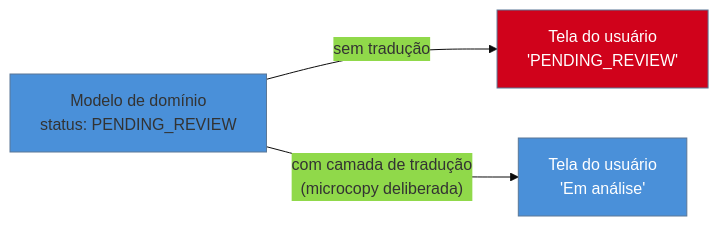
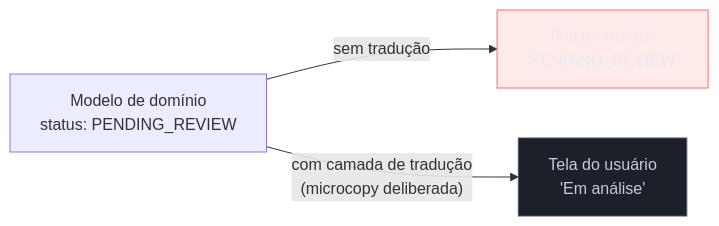
One commit to josenaldo/codex-technomanticus changed the diagram in 03-Dominios/Engenharia/UX/UX Writing e Content Design/34 - Microcopy, labels de ação e jargão interno.md. Above: the diagram before and after it, drawn with Mermaid. The commit also changed 1181 other files, not shown here.

First line of the commit message:
fix(diagramas): paleta do sistema no lugar de cor cravada no markdown

````diff
--- a/03-Dominios/Engenharia/UX/UX Writing e Content Design/34 - Microcopy, labels de ação e jargão interno.md
+++ b/03-Dominios/Engenharia/UX/UX Writing e Content Design/34 - Microcopy, labels de ação e jargão interno.md
@@ -52,8 +52,9 @@
 ```mermaid
-%%{init: {"theme": "base", "themeVariables": {"primaryColor": "#4A90D9"}}}%%
 graph LR
+    classDef falha fill:#FF6B6B24,stroke:#FF6B6B,color:#E9ECF2
+    classDef neutro fill:#1B2029,stroke:#4E5666,color:#C6CCD8
     M["Modelo de domínio<br/>status: PENDING_REVIEW"] -->|"sem tradução"| UI1["Tela do usuário<br/>'PENDING_REVIEW'"]
     M -->|"com camada de tradução<br/>(microcopy deliberada)"| UI2["Tela do usuário<br/>'Em análise'"]
-    style UI1 fill:#D0021B,color:#fff
-    style UI2 fill:#4A90D9,color:#fff
+    class UI1 falha
+    class UI2 neutro
 ```
````
